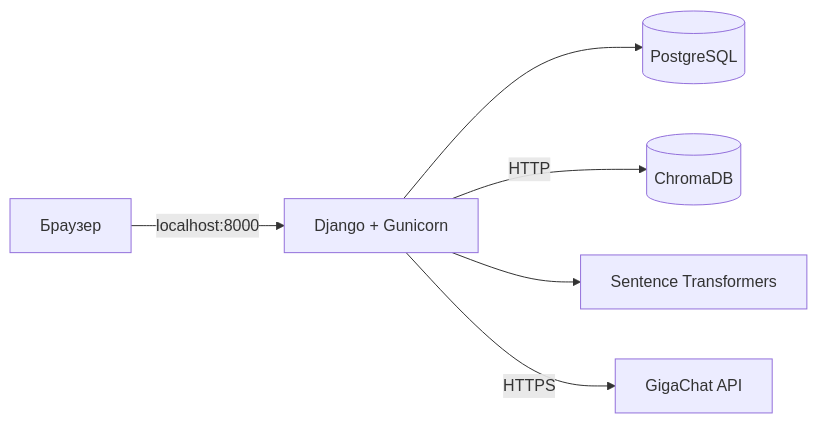
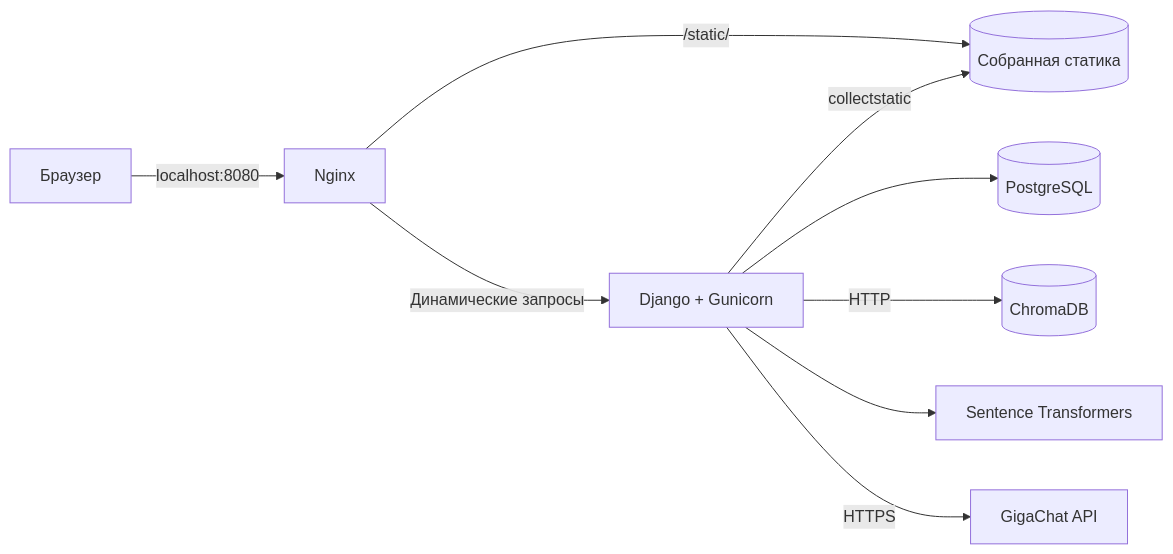
The diagram in README.md (frlvm/rag_project), drawn with Mermaid before and after one commit. The commit also changed other lines of this file, not shown here.

````diff
--- a/README.md
+++ b/README.md
@@ -12,8 +12,11 @@
 ```mermaid
 flowchart LR
-    User[Браузер] -->|localhost:8000| App[Django + Gunicorn]
+    User[Браузер] -->|localhost:8080| Nginx[Nginx]
+    Nginx -->|Динамические запросы| App[Django + Gunicorn]
+    Nginx -->|/static/| Static[(Собранная статика)]
+    App -->|collectstatic| Static
     App --> PostgreSQL[(PostgreSQL)]
     App -->|HTTP| Chroma[(ChromaDB)]
     App --> Embeddings[Sentence Transformers]
     App -->|HTTPS| GigaChat[GigaChat API]
 ```
````
